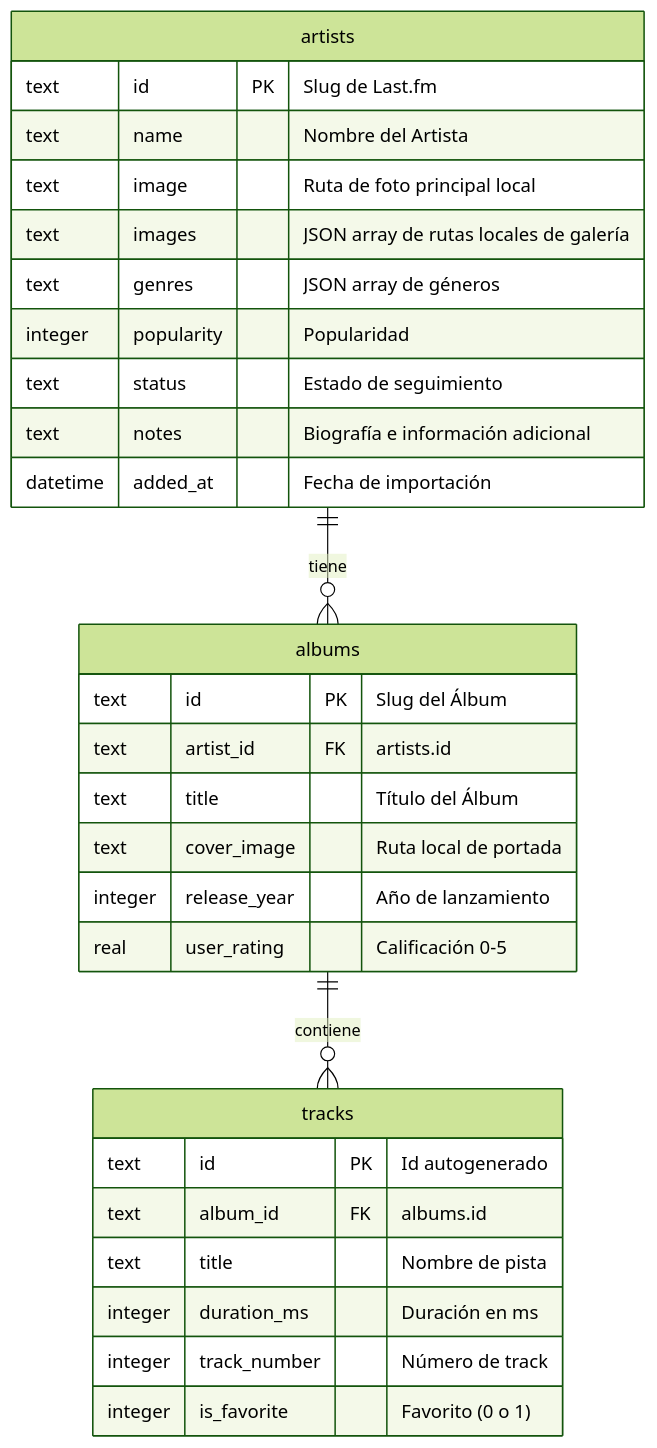
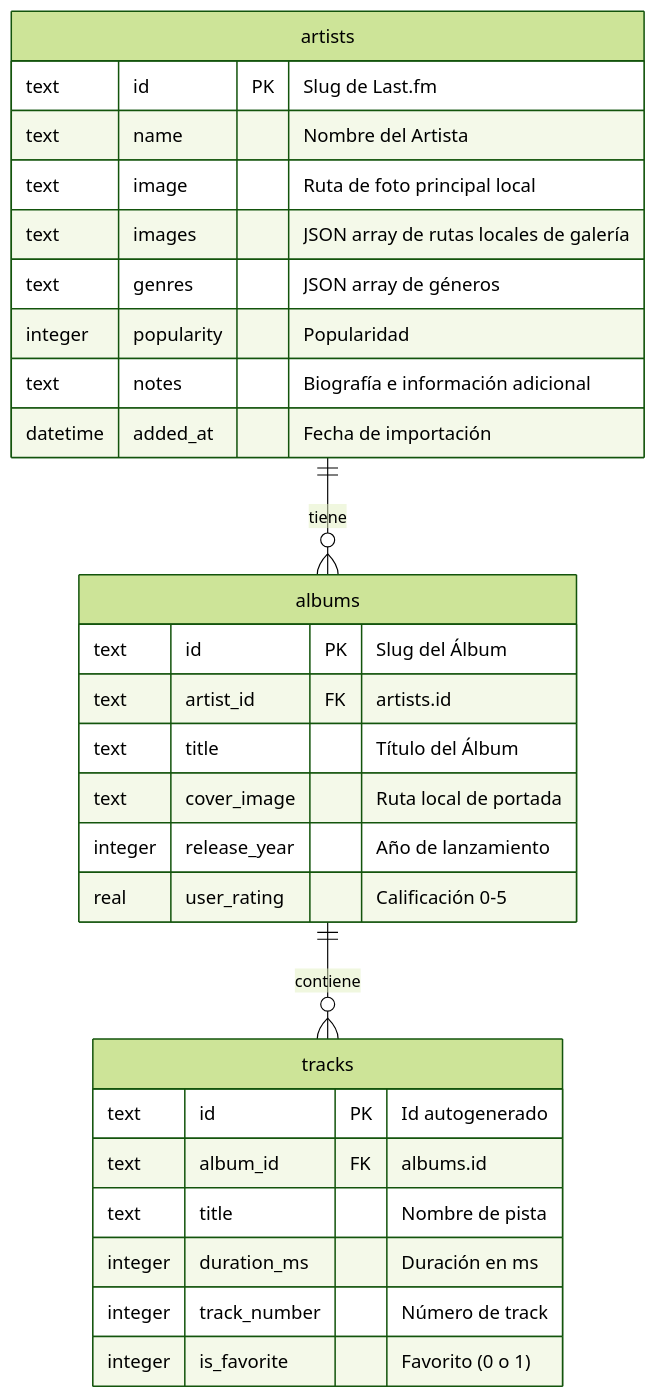
The diagram in README.md (juanmaioli/MusicTracker), drawn with Mermaid (forest theme) before and after one commit. The commit also changed other lines of this file and 6 other files, not shown here.

````diff
--- a/README.md
+++ b/README.md
@@ -77,33 +77,32 @@
 ```mermaid
 erDiagram
     artists {
         text id PK "Slug de Last.fm"
         text name "Nombre del Artista"
         text image "Ruta de foto principal local"
         text images "JSON array de rutas locales de galería"
         text genres "JSON array de géneros"
         integer popularity "Popularidad"
-        text status "Estado de seguimiento"
         text notes "Biografía e información adicional"
         datetime added_at "Fecha de importación"
     }
     albums {
         text id PK "Slug del Álbum"
         text artist_id FK "artists.id"
         text title "Título del Álbum"
         text cover_image "Ruta local de portada"
         integer release_year "Año de lanzamiento"
         real user_rating "Calificación 0-5"
     }
     tracks {
         text id PK "Id autogenerado"
         text album_id FK "albums.id"
         text title "Nombre de pista"
         integer duration_ms "Duración en ms"
         integer track_number "Número de track"
         integer is_favorite "Favorito (0 o 1)"
     }
     
     artists ||--o{ albums : "tiene"
     albums ||--o{ tracks : "contiene"
 ```
````
